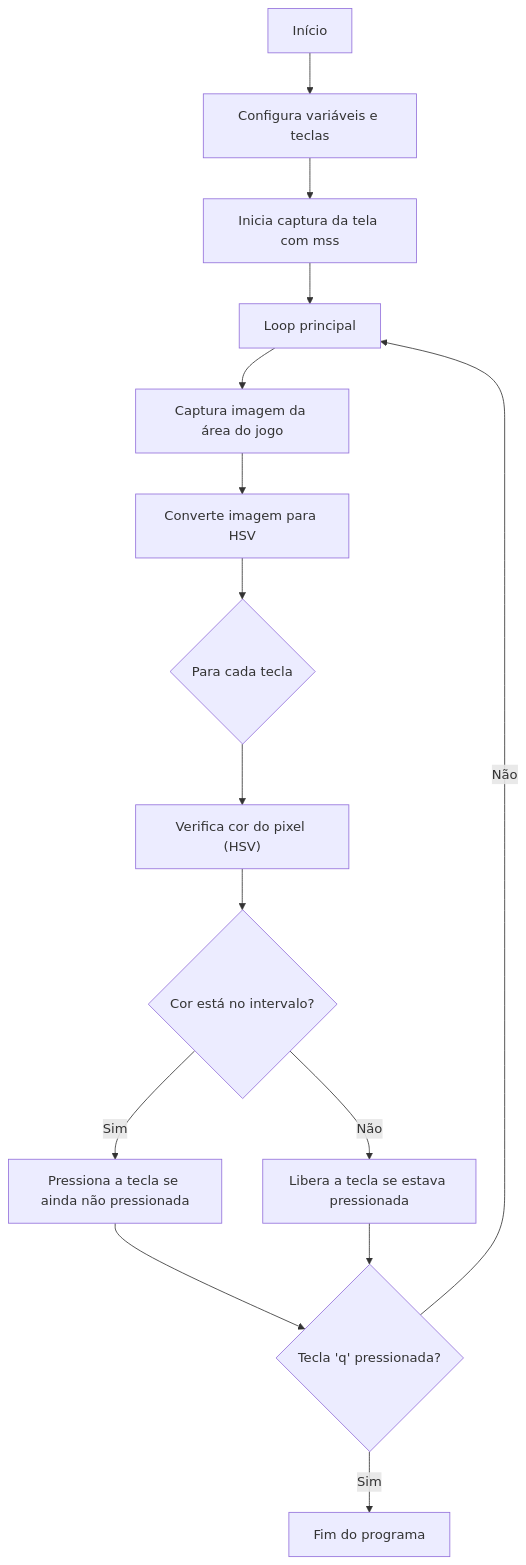
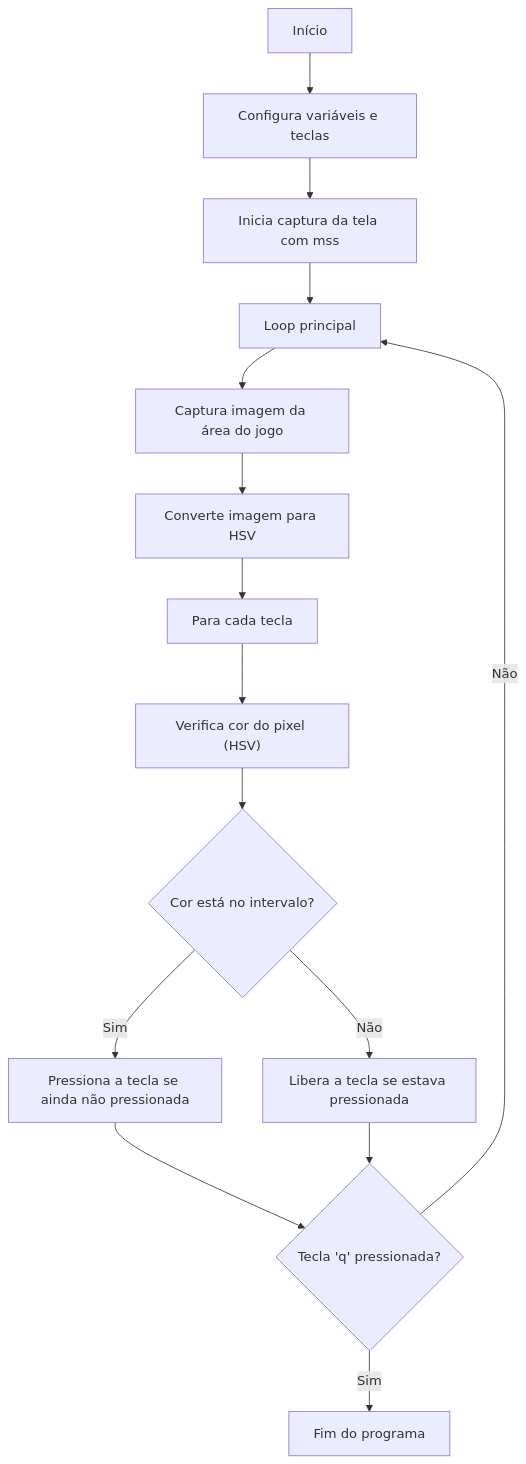
One commit to asegnibo/bot_guitar_flash changed the diagram in README.md. Above: the diagram before and after it, drawn with Mermaid.

````diff
--- a/README.md
+++ b/README.md
@@ -50,18 +50,18 @@
 ```mermaid
 flowchart TD
     A[Início] --> B["Configura variáveis e teclas"]
     B --> C["Inicia captura da tela com mss"]
     C --> D["Loop principal"]
     D --> E["Captura imagem da área do jogo"]
     E --> F["Converte imagem para HSV"]
-    F --> G{"Para cada tecla"}
+    F --> G["Para cada tecla"]
     G --> H["Verifica cor do pixel (HSV)"]
     H --> I{"Cor está no intervalo?"}
     I -- Sim --> J["Pressiona a tecla se ainda não pressionada"]
     I -- Não --> K["Libera a tecla se estava pressionada"]
     J --> O{"Tecla 'q' pressionada?"}
     K --> O{"Tecla 'q' pressionada?"}
     O -- Não --> D
     O -- Sim --> P["Fim do programa"]
 
 ```
````
